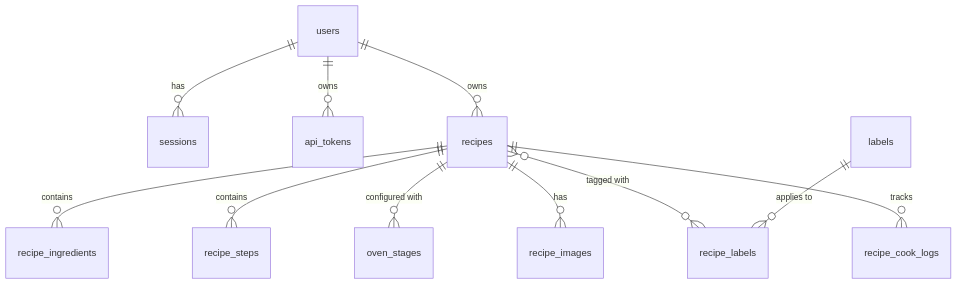
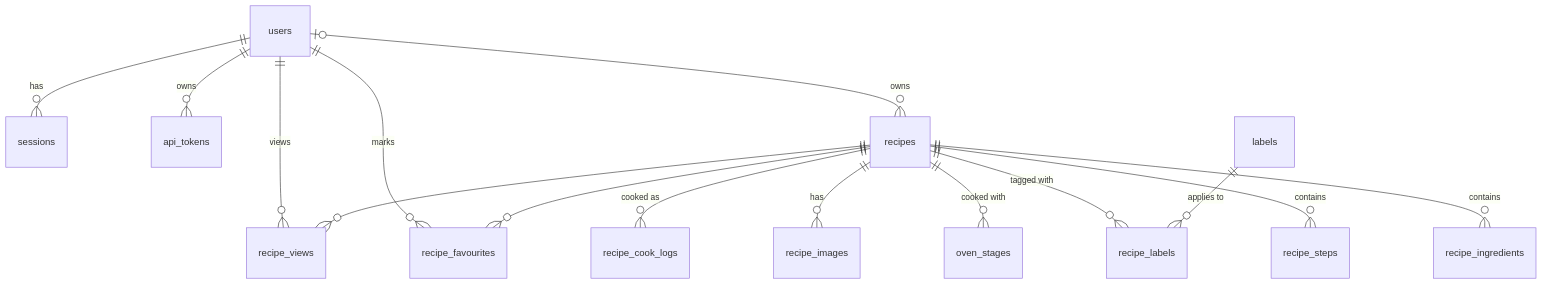
Before and after one commit to liorokman/ninjarecipe: the diagram in docs/specs/30-data-model.md, drawn with Mermaid. The commit also changed other lines of this file and 9 other files, not shown here.

````diff
--- a/docs/specs/30-data-model.md
+++ b/docs/specs/30-data-model.md
@@ -18,13 +24,17 @@
 ```mermaid
 erDiagram
-    users ||--o{ sessions : "has"
-    users ||--o{ api_tokens : "owns"
-    users ||--o{ recipes : "owns"
-    recipes ||--o{ recipe_ingredients : "contains"
-    recipes ||--o{ recipe_steps : "contains"
-    recipes ||--o{ oven_stages : "configured with"
-    recipes ||--o{ recipe_images : "has"
-    recipes }o--o{ recipe_labels : "tagged with"
+    users ||--o{ sessions : has
+    users ||--o{ api_tokens : owns
+    users |o--o{ recipes : owns
+    users ||--o{ recipe_favourites : marks
+    users ||--o{ recipe_views : views
+    recipes ||--o{ recipe_ingredients : contains
+    recipes ||--o{ recipe_steps : contains
+    recipes ||--o{ oven_stages : "cooked with"
+    recipes ||--o{ recipe_images : has
+    recipes ||--o{ recipe_labels : "tagged with"
     labels ||--o{ recipe_labels : "applies to"
-    recipes ||--o{ recipe_cook_logs : "tracks"
+    recipes ||--o{ recipe_cook_logs : "cooked as"
+    recipes ||--o{ recipe_favourites : ""
+    recipes ||--o{ recipe_views : ""
 ```
````
